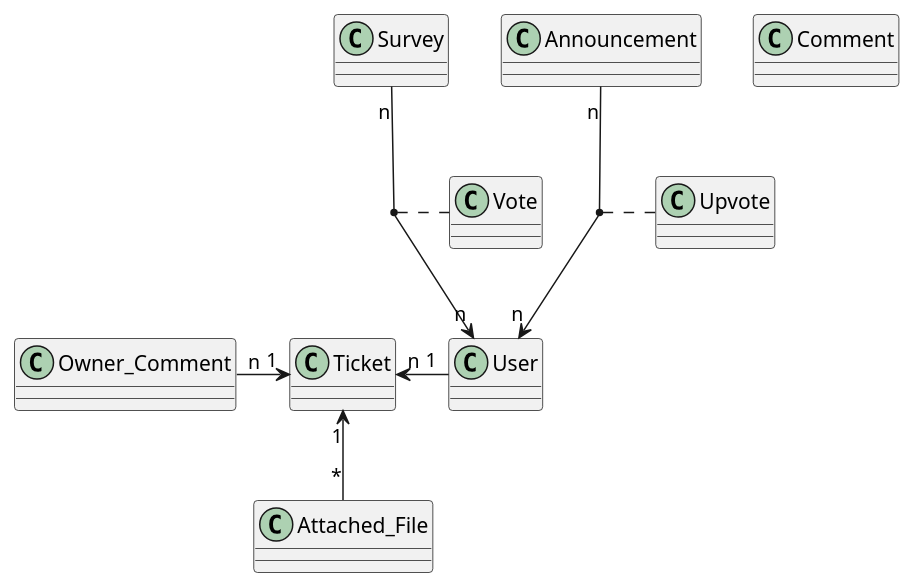
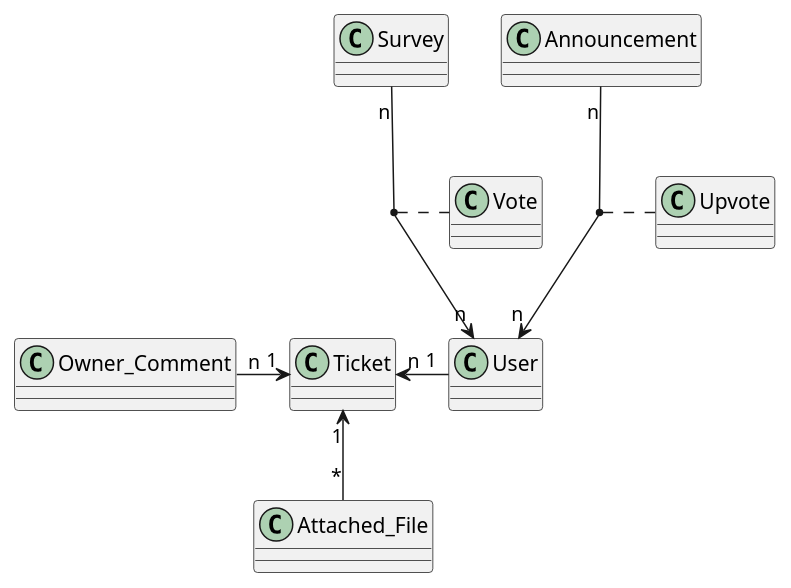
Before and after one commit to htl-leonding-project/2022-4ahif-vinitor: the diagram in asciidocs/plantuml/cld_vinitor_02.puml, drawn with PlantUML. The commit also changed 1 other file, not shown here.

```diff
--- a/asciidocs/plantuml/cld_vinitor_02.puml
+++ b/asciidocs/plantuml/cld_vinitor_02.puml
@@ -1,20 +1,20 @@
 @startuml
 Survey "n" --> "n" User
 
 Announcement "n" --> "n" User
 User "1" -left-> "n" Ticket
 Owner_Comment "n" -right-> "1" Ticket
 Ticket "1" <-- "*" Attached_File
 
 (Survey,User)..Vote
 (User, Announcement).. Upvote
 
 class Announcement {}
 class Survey {}
 class Vote {}
 class User {}
 class Upvote {}
 class Ticket {}
-class Comment {}
+'class Comment {}
 
 @enduml
```
